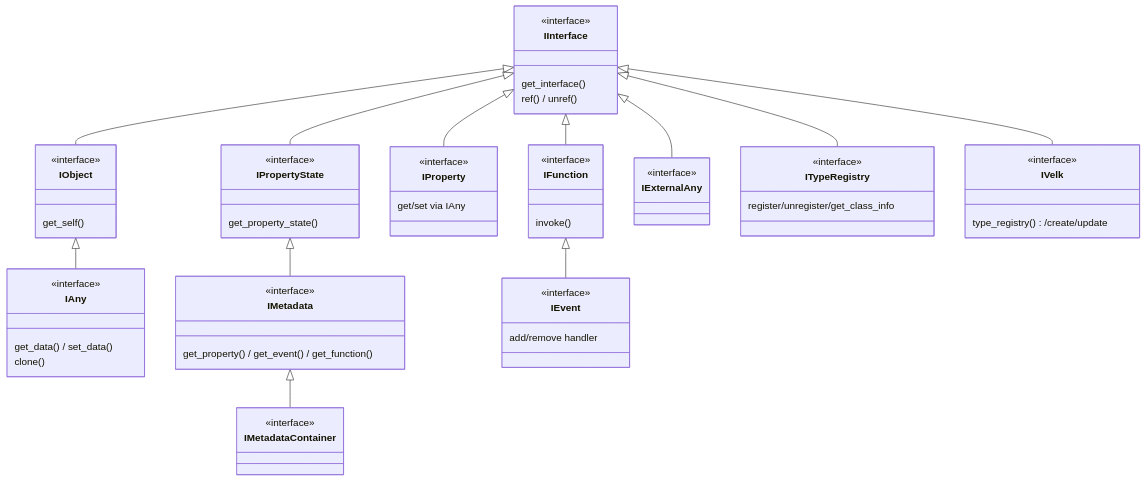
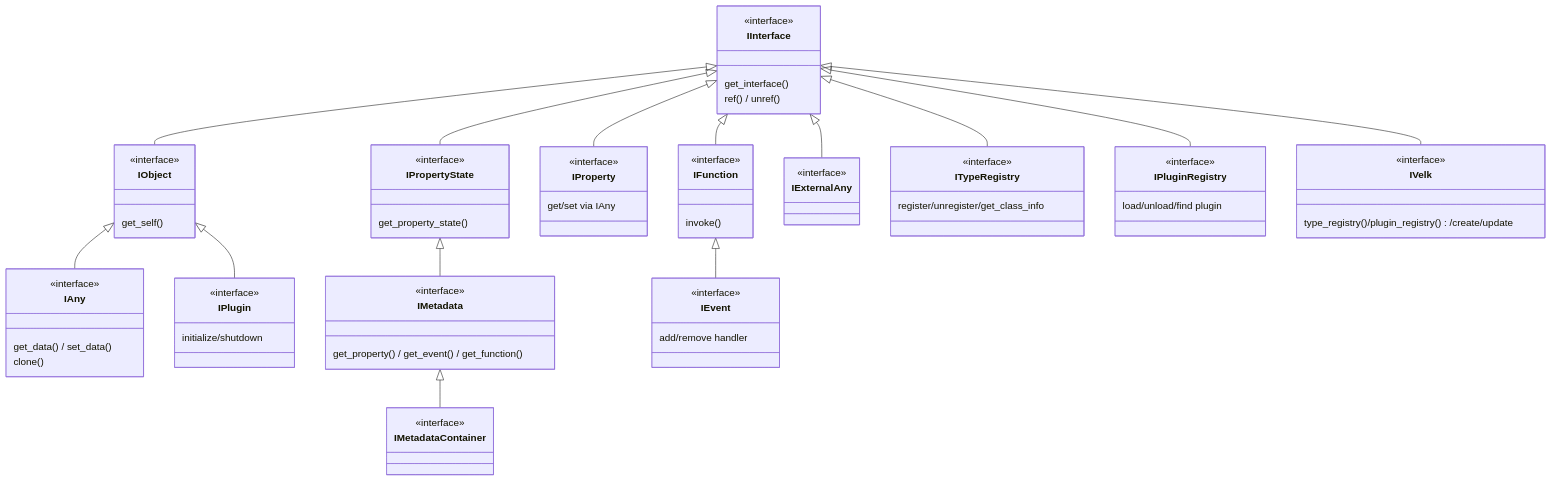
The second of 3 diagrams in docs/architecture.md (ljaaskela/strata), drawn with Mermaid before and after one commit. The commit also changed other lines of this file, not shown here.

````diff
--- a/docs/architecture.md
+++ b/docs/architecture.md
@@ -111,72 +116,82 @@
 ```mermaid
 classDiagram
     direction TB
 
     class IInterface {
         <<interface>>
         get_interface()
         ref() / unref()
     }
 
     class IObject {
         <<interface>>
         get_self()
     }
     class IAny {
         <<interface>>
         get_data() / set_data()
         clone()
     }
 
     class IPropertyState {
         <<interface>>
         get_property_state()
     }
     class IMetadata {
         <<interface>>
         get_property() / get_event() / get_function()
     }
     class IMetadataContainer {
         <<interface>>
     }
 
     class IProperty {
         <<interface>>
         get/set via IAny
     }
     class IFunction {
         <<interface>>
         invoke()
     }
     class IEvent {
         <<interface>>
         add/remove handler
     }
 
     class IExternalAny {
         <<interface>>
     }
     class ITypeRegistry {
         <<interface>>
         register/unregister/get_class_info
     }
     class IVelk {
         <<interface>>
-        type_registry()/create/update
+        type_registry()/plugin_registry()/create/update
+    }
+    class IPlugin {
+        <<interface>>
+        initialize/shutdown
+    }
+    class IPluginRegistry {
+        <<interface>>
+        load/unload/find plugin
     }
 
     IInterface <|-- IObject
     IObject <|-- IAny
+    IObject <|-- IPlugin
 
     IInterface <|-- IPropertyState
     IPropertyState <|-- IMetadata
     IMetadata <|-- IMetadataContainer
 
     IInterface <|-- IProperty
     IInterface <|-- IFunction
     IFunction <|-- IEvent
 
     IInterface <|-- IExternalAny
     IInterface <|-- ITypeRegistry
+    IInterface <|-- IPluginRegistry
     IInterface <|-- IVelk
 ```
````
